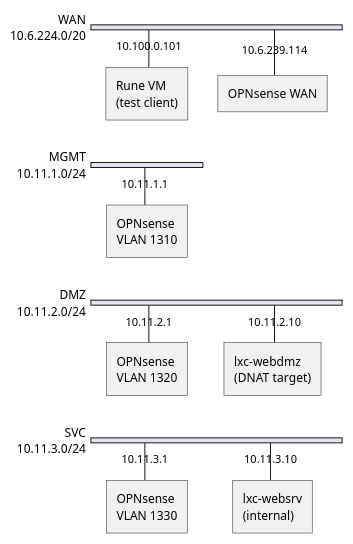
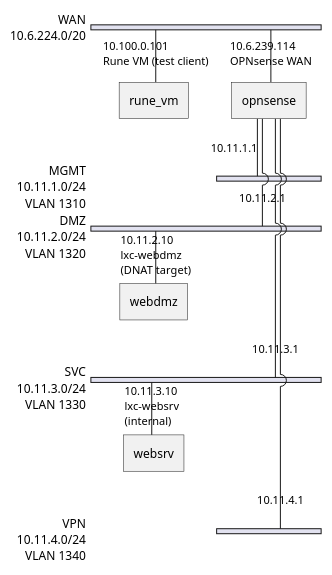
Before and after one commit to by-openclaw/lib-opnsense: the diagram in assets/diagrams/scope-firewall-nwdiag.puml, drawn with PlantUML. The commit also changed 8 other files, not shown here.

```diff
--- a/assets/diagrams/scope-firewall-nwdiag.puml
+++ b/assets/diagrams/scope-firewall-nwdiag.puml
@@ -1,27 +2,39 @@
 @startuml scope-firewall-nwdiag
-' Copyright (c) 2026 BY-SYSTEMS SRL. MIT License.
+!pragma useVerticalIf on
+skinparam backgroundColor #FFFFFF
+
 nwdiag {
   network WAN {
     address = "10.6.224.0/20"
-    rune_vm [address = "10.100.0.101", description = "Rune VM\n(test client)"]
-    opnsense_wan [address = "10.6.239.114", description = "OPNsense WAN"]
+
+    rune_vm [address = "10.100.0.101\nRune VM (test client)"]
+    opnsense [address = "10.6.239.114\nOPNsense WAN"]
   }
 
   network MGMT {
-    address = "10.11.1.0/24"
-    opnsense_mgmt [address = "10.11.1.1", description = "OPNsense\nVLAN 1310"]
+    address = "10.11.1.0/24\nVLAN 1310"
+
+    opnsense [address = "10.11.1.1"]
   }
 
   network DMZ {
-    address = "10.11.2.0/24"
-    opnsense_dmz [address = "10.11.2.1", description = "OPNsense\nVLAN 1320"]
-    webdmz [address = "10.11.2.10", description = "lxc-webdmz\n(DNAT target)"]
+    address = "10.11.2.0/24\nVLAN 1320"
+
+    opnsense [address = "10.11.2.1"]
+    webdmz [address = "10.11.2.10\nlxc-webdmz\n(DNAT target)"]
   }
 
   network SVC {
-    address = "10.11.3.0/24"
-    opnsense_svc [address = "10.11.3.1", description = "OPNsense\nVLAN 1330"]
-    websrv [address = "10.11.3.10", description = "lxc-websrv\n(internal)"]
+    address = "10.11.3.0/24\nVLAN 1330"
+
+    opnsense [address = "10.11.3.1"]
+    websrv [address = "10.11.3.10\nlxc-websrv\n(internal)"]
+  }
+
+  network VPN {
+    address = "10.11.4.0/24\nVLAN 1340"
+
+    opnsense [address = "10.11.4.1"]
   }
 }
 @enduml
```
